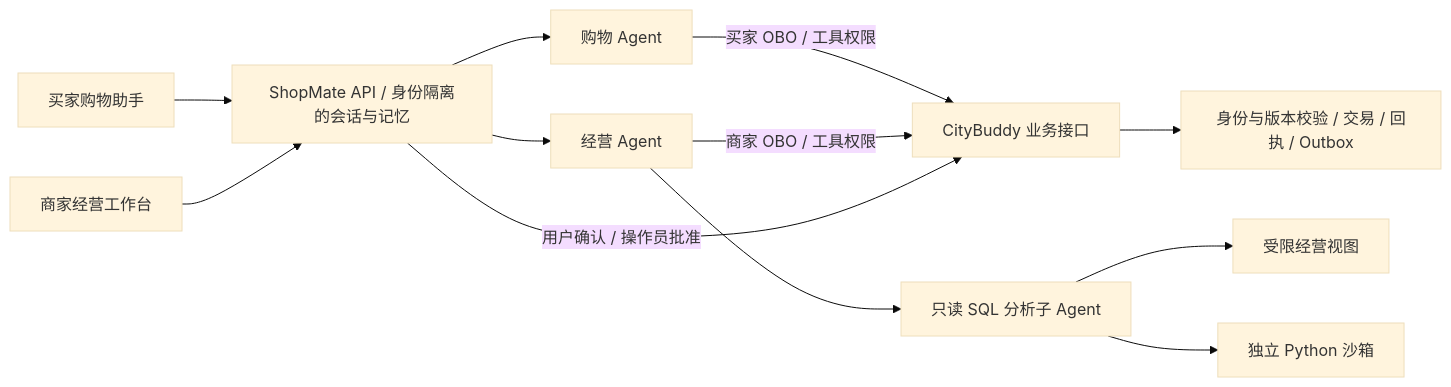
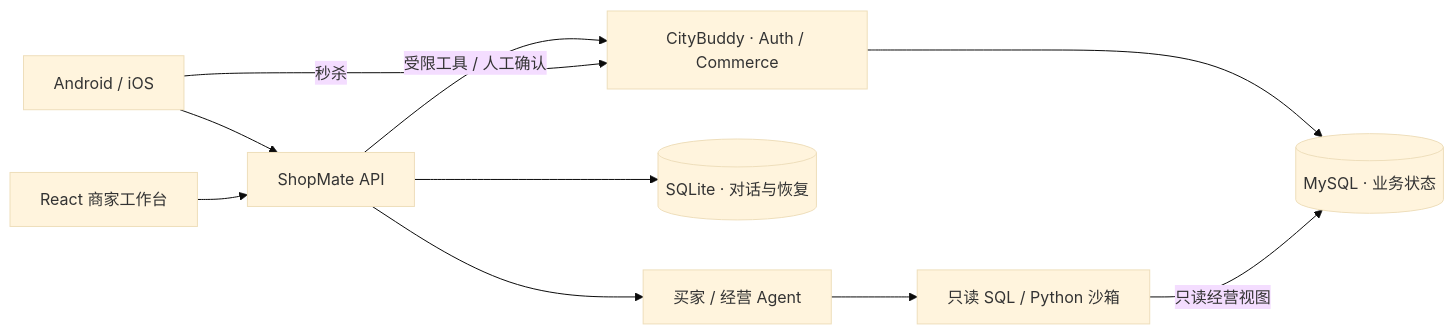
The diagram in README.md (ChanTso/shopmate), drawn with Mermaid (base theme) before and after one commit. The commit also changed other lines of this file and 3 other files, not shown here.

Commit message:
Present native commerce and agent workflows with a focused project homepage (#19)

````diff
--- a/README.md
+++ b/README.md
@@ -22,14 +33,12 @@
 ```mermaid
 flowchart LR
-  Buyer[买家购物助手] --> Host[ShopMate API / 身份隔离的会话与记忆]
-  Merchant[商家经营工作台] --> Host
-  Host --> Shopping[购物 Agent]
-  Host --> Trading[经营 Agent]
-  Trading --> Analysis[只读 SQL 分析子 Agent]
-  Analysis --> Views[受限经营视图]
-  Analysis --> Sandbox[独立 Python 沙箱]
-  Shopping -->|买家 OBO / 工具权限| Java[CityBuddy 业务接口]
-  Trading -->|商家 OBO / 工具权限| Java
-  Host -->|用户确认 / 操作员批准| Java
-  Java --> Transaction[身份与版本校验 / 交易 / 回执 / Outbox]
+    App[Android / iOS] --> Host[ShopMate API]
+    Web[React 商家工作台] --> Host
+    Host --> Agents[买家 / 经营 Agent]
+    Agents --> Analysis[只读 SQL / Python 沙箱]
+    Host --> State[(SQLite · 对话与恢复)]
+    Host -->|受限工具 / 人工确认| Java[CityBuddy · Auth / Commerce]
+    App -->|秒杀| Java
+    Java --> DB[(MySQL · 业务状态)]
+    Analysis -->|只读经营视图| DB
 ```
````
